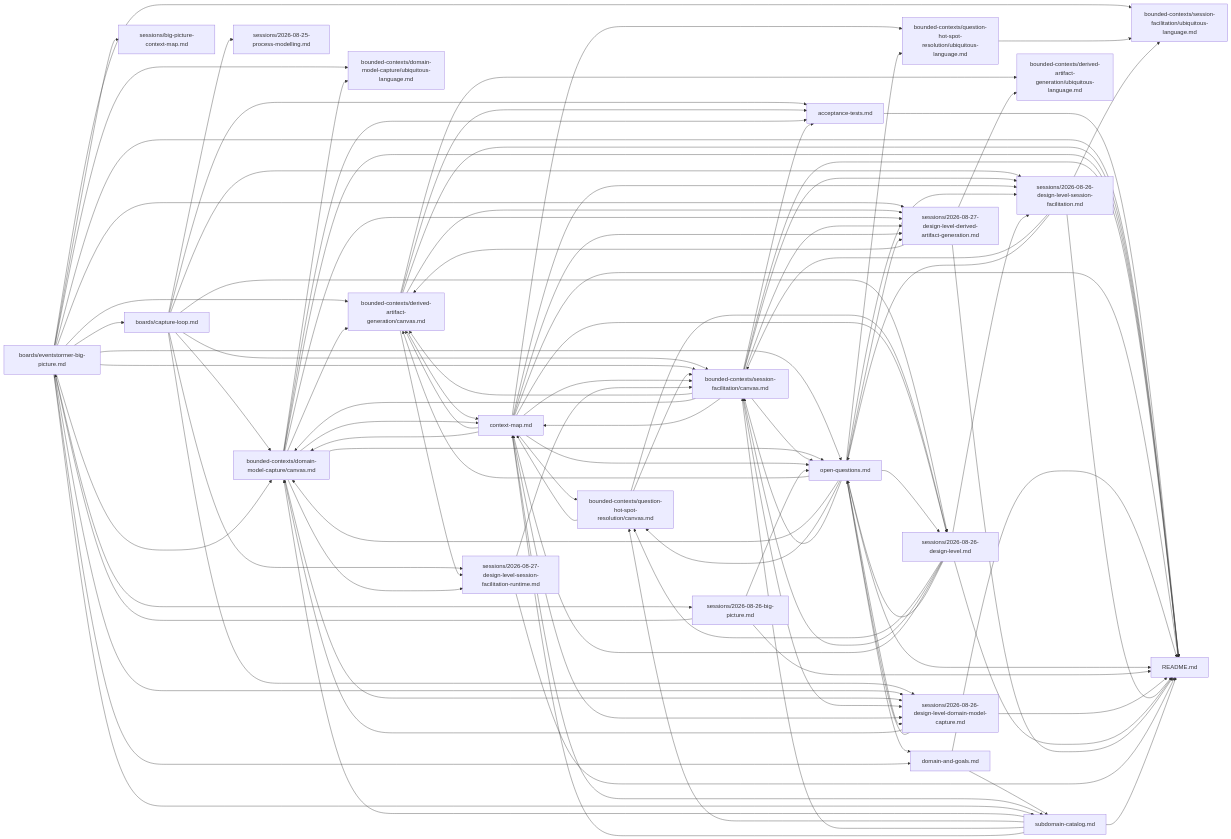
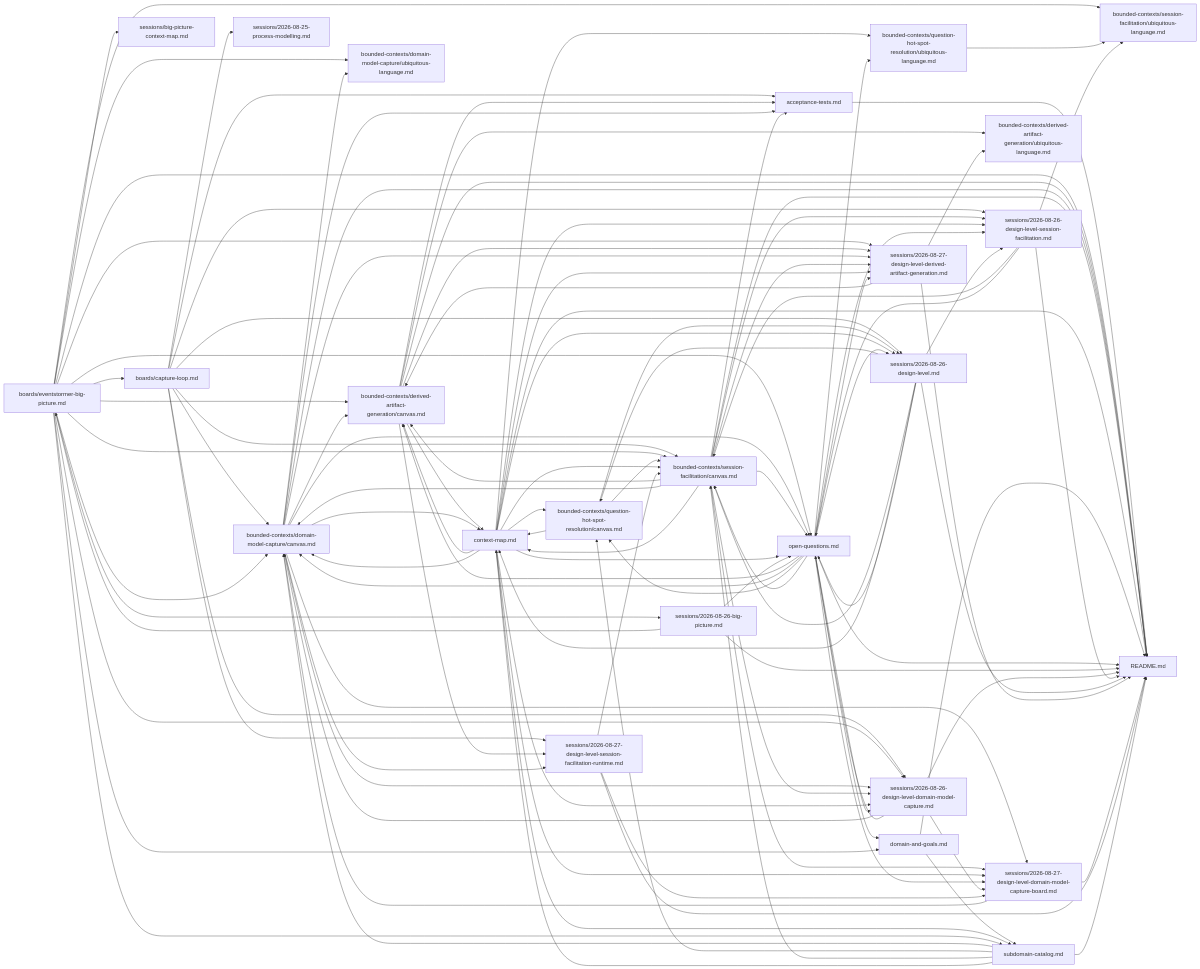
Before and after one commit to vinialbano/eventstormer: the diagram in docs/domain/README.md, drawn with Mermaid. The commit also changed other lines of this file and 6 other files, not shown here.

First line of the commit message:
docs: design-level EventStorming pass 2 on Domain Model Capture — the Board

```diff
--- a/docs/domain/README.md
+++ b/docs/domain/README.md
@@ -315,6 +335,7 @@
   sessions_2026_08_26_design_level_session_facilitation_md["sessions/2026-08-26-design-level-session-facilitation.md"] --> README_md["README.md"]
   sessions_2026_08_26_design_level_md["sessions/2026-08-26-design-level.md"] --> README_md["README.md"]
   sessions_2026_08_27_design_level_derived_artifact_generation_md["sessions/2026-08-27-design-level-derived-artifact-generation.md"] --> README_md["README.md"]
+  sessions_2026_08_27_design_level_domain_model_capture_board_md["sessions/2026-08-27-design-level-domain-model-capture-board.md"] --> README_md["README.md"]
   sessions_2026_08_27_design_level_session_facilitation_runtime_md["sessions/2026-08-27-design-level-session-facilitation-runtime.md"] --> README_md["README.md"]
   subdomain_catalog_md["subdomain-catalog.md"] --> README_md["README.md"]
   boards_capture_loop_md["boards/capture-loop.md"] --> acceptance_tests_md["acceptance-tests.md"]
@@ -337,6 +358,7 @@
   context_map_md["context-map.md"] --> bounded_contexts_domain_model_capture_canvas_md["bounded-contexts/domain-model-capture/canvas.md"]
   open_questions_md["open-questions.md"] --> bounded_contexts_domain_model_capture_canvas_md["bounded-contexts/domain-model-capture/canvas.md"]
   sessions_2026_08_26_design_level_domain_model_capture_md["sessions/2026-08-26-design-level-domain-model-capture.md"] --> bounded_contexts_domain_model_capture_canvas_md["bounded-contexts/domain-model-capture/canvas.md"]
+  sessions_2026_08_27_design_level_domain_model_capture_board_md["sessions/2026-08-27-design-level-domain-model-capture-board.md"] --> bounded_contexts_domain_model_capture_canvas_md["bounded-contexts/domain-model-capture/canvas.md"]
   subdomain_catalog_md["subdomain-catalog.md"] --> bounded_contexts_domain_model_capture_canvas_md["bounded-contexts/domain-model-capture/canvas.md"]
   boards_eventstormer_big_picture_md["boards/eventstormer-big-picture.md"] --> bounded_contexts_domain_model_capture_ubiquitous_language_md["bounded-contexts/domain-model-capture/ubiquitous-language.md"]
   bounded_contexts_domain_model_capture_canvas_md["bounded-contexts/domain-model-capture/canvas.md"] --> bounded_contexts_domain_model_capture_ubiquitous_language_md["bounded-contexts/domain-model-capture/ubiquitous-language.md"]
@@ -397,6 +419,12 @@
   bounded_contexts_session_facilitation_canvas_md["bounded-contexts/session-facilitation/canvas.md"] --> sessions_2026_08_27_design_level_derived_artifact_generation_md["sessions/2026-08-27-design-level-derived-artifact-generation.md"]
   context_map_md["context-map.md"] --> sessions_2026_08_27_design_level_derived_artifact_generation_md["sessions/2026-08-27-design-level-derived-artifact-generation.md"]
   open_questions_md["open-questions.md"] --> sessions_2026_08_27_design_level_derived_artifact_generation_md["sessions/2026-08-27-design-level-derived-artifact-generation.md"]
+  bounded_contexts_domain_model_capture_canvas_md["bounded-contexts/domain-model-capture/canvas.md"] --> sessions_2026_08_27_design_level_domain_model_capture_board_md["sessions/2026-08-27-design-level-domain-model-capture-board.md"]
+  bounded_contexts_session_facilitation_canvas_md["bounded-contexts/session-facilitation/canvas.md"] --> sessions_2026_08_27_design_level_domain_model_capture_board_md["sessions/2026-08-27-design-level-domain-model-capture-board.md"]
+  context_map_md["context-map.md"] --> sessions_2026_08_27_design_level_domain_model_capture_board_md["sessions/2026-08-27-design-level-domain-model-capture-board.md"]
+  open_questions_md["open-questions.md"] --> sessions_2026_08_27_design_level_domain_model_capture_board_md["sessions/2026-08-27-design-level-domain-model-capture-board.md"]
+  sessions_2026_08_26_design_level_domain_model_capture_md["sessions/2026-08-26-design-level-domain-model-capture.md"] --> sessions_2026_08_27_design_level_domain_model_capture_board_md["sessions/2026-08-27-design-level-domain-model-capture-board.md"]
+  sessions_2026_08_27_design_level_session_facilitation_runtime_md["sessions/2026-08-27-design-level-session-facilitation-runtime.md"] --> sessions_2026_08_27_design_level_domain_model_capture_board_md["sessions/2026-08-27-design-level-domain-model-capture-board.md"]
   boards_capture_loop_md["boards/capture-loop.md"] --> sessions_2026_08_27_design_level_session_facilitation_runtime_md["sessions/2026-08-27-design-level-session-facilitation-runtime.md"]
   bounded_contexts_derived_artifact_generation_canvas_md["bounded-contexts/derived-artifact-generation/canvas.md"] --> sessions_2026_08_27_design_level_session_facilitation_runtime_md["sessions/2026-08-27-design-level-session-facilitation-runtime.md"]
   bounded_contexts_domain_model_capture_canvas_md["bounded-contexts/domain-model-capture/canvas.md"] --> sessions_2026_08_27_design_level_session_facilitation_runtime_md["sessions/2026-08-27-design-level-session-facilitation-runtime.md"]
```
